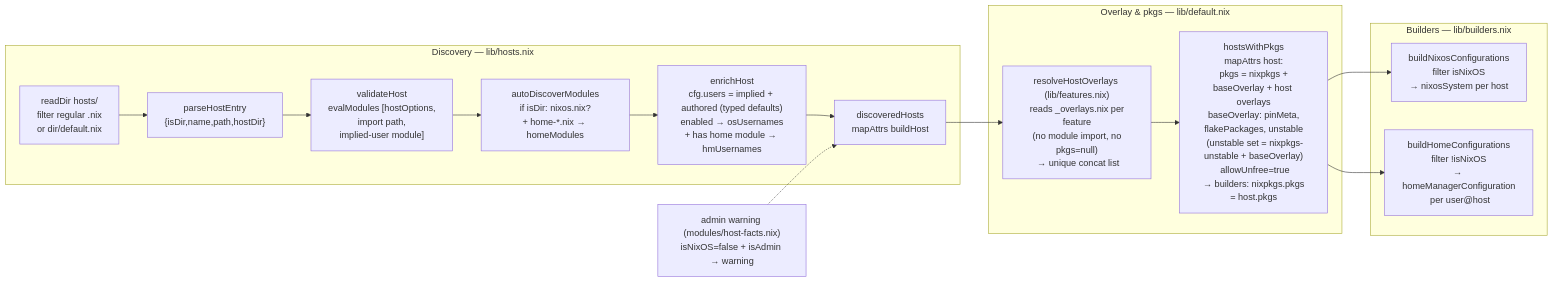
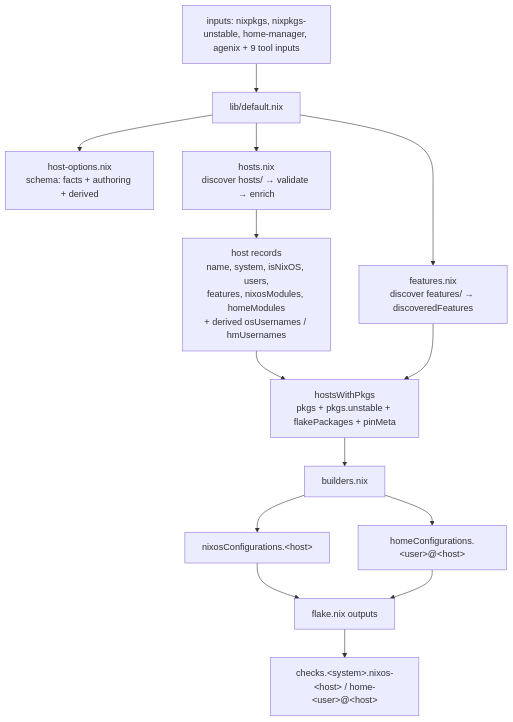
Before and after one commit to WombatFromHell/automatic-palm-tree: the first of 8 diagrams in DESIGN.md, drawn with Mermaid. The commit also changed other lines of this file and 46 other files, not shown here.

````diff
--- a/DESIGN.md
+++ b/DESIGN.md
@@ -107,23 +36,16 @@
 ```mermaid
-flowchart LR
-    subgraph Disc ["Discovery — lib/hosts.nix"]
-        scan["readDir hosts/\nfilter regular .nix\nor dir/default.nix"] --> parse["parseHostEntry\n{isDir,name,path,hostDir}"]
-        parse --> validate["validateHost\nevalModules [hostOptions,\n import path,\n implied-user module]"]
-        validate --> auto["autoDiscoverModules\nif isDir: nixos.nix?\n+ home-*.nix → homeModules"]
-        auto --> enrich["enrichHost\ncfg.users = implied + authored (typed defaults)\nenabled → osUsernames\n+ has home module → hmUsernames"]
-        enrich --> discovered["discoveredHosts\nmapAttrs buildHost"]
-    end
-    subgraph Pkgs ["Overlay & pkgs — lib/default.nix"]
-        overlays["resolveHostOverlays (lib/features.nix)\n reads _overlays.nix per feature\n (no module import, no pkgs=null)\n → unique concat list"]
-        mkPkgs["hostsWithPkgs\nmapAttrs host:\n pkgs = nixpkgs + baseOverlay + host overlays\n baseOverlay: pinMeta, flakePackages, unstable\n (unstable set = nixpkgs-unstable + baseOverlay)\n allowUnfree=true\n → builders: nixpkgs.pkgs = host.pkgs"]
-        overlays --> mkPkgs
-    end
-    subgraph Out ["Builders — lib/builders.nix"]
-        nixos["buildNixosConfigurations\nfilter isNixOS\n→ nixosSystem per host"]
-        hm["buildHomeConfigurations\nfilter !isNixOS\n→ homeManagerConfiguration\n per user@host"]
-    end
-    discovered --> overlays
-    mkPkgs --> nixos & hm
-
-    checkWarn["admin warning (modules/host-facts.nix)\nisNixOS=false + isAdmin → warning"] -.-> discovered
+flowchart TD
+  I["inputs: nixpkgs, nixpkgs-unstable, home-manager, agenix + 9 tool inputs"] --> D["lib/default.nix"]
+  D --> HO["host-options.nix<br/>schema: facts + authoring + derived"]
+  D --> H["hosts.nix<br/>discover hosts/ → validate → enrich"]
+  H --> HD["host records<br/>name, system, isNixOS, users,<br/>features, nixosModules, homeModules<br/>+ derived osUsernames / hmUsernames"]
+  D --> F["features.nix<br/>discover features/ → discoveredFeatures"]
+  HD --> P["hostsWithPkgs<br/>pkgs + pkgs.unstable + flakePackages + pinMeta"]
+  F --> P
+  P --> B["builders.nix"]
+  B --> NC["nixosConfigurations.&lt;host&gt;"]
+  B --> HC["homeConfigurations.&lt;user&gt;@&lt;host&gt;"]
+  NC --> O["flake.nix outputs"]
+  HC --> O
+  O --> C["checks.&lt;system&gt;.nixos-&lt;host&gt; / home-&lt;user&gt;@&lt;host&gt;"]
 ```
````
